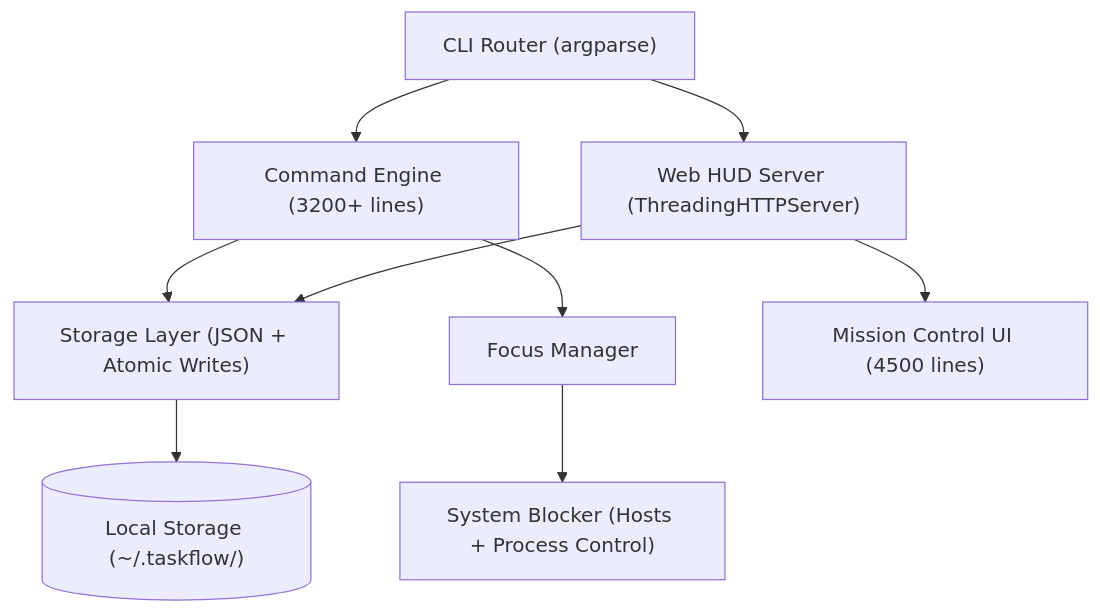
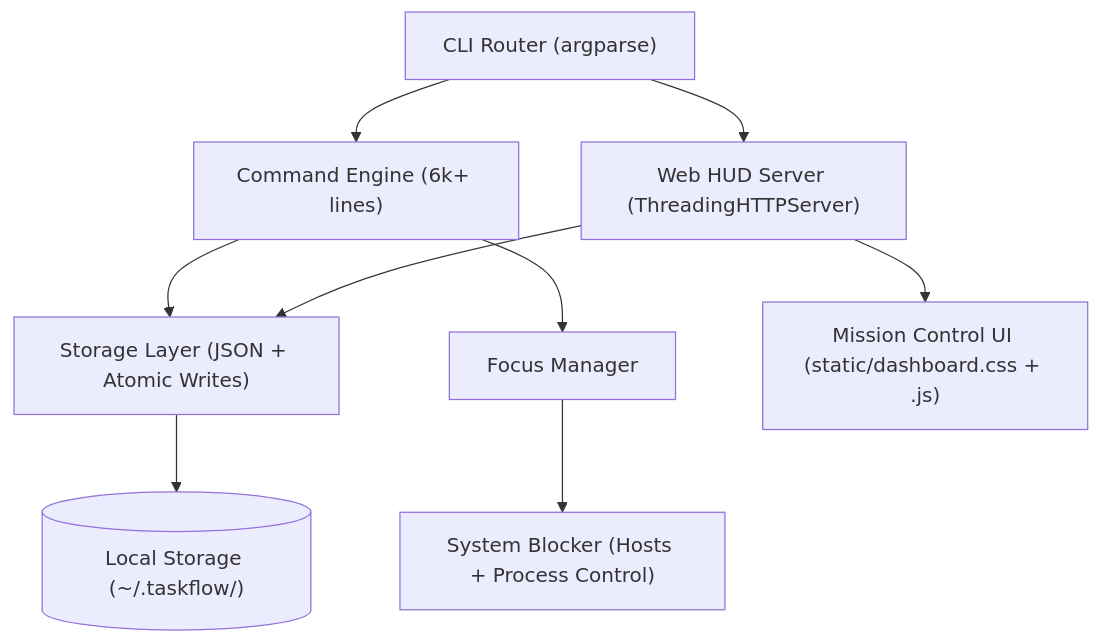
Before and after one commit to Mohith535/TaskFlow: the diagram in README.md, drawn with Mermaid. The commit also changed other lines of this file and 8 other files, not shown here.

````diff
--- a/README.md
+++ b/README.md
@@ -401,15 +410,15 @@
 ```mermaid
 graph TD
-    CLI["CLI Router (argparse)"] --> CMD["Command Engine (3200+ lines)"]
+    CLI["CLI Router (argparse)"] --> CMD["Command Engine (6k+ lines)"]
     CLI --> WEB["Web HUD Server (ThreadingHTTPServer)"]
     
     CMD --> DB["Storage Layer (JSON + Atomic Writes)"]
     WEB --> DB
     
     CMD --> FM["Focus Manager"]
     FM --> BLK["System Blocker (Hosts + Process Control)"]
     
-    WEB --> UI["Mission Control UI (4500 lines)"]
+    WEB --> UI["Mission Control UI (static/dashboard.css + .js)"]
     
     DB --> FS[("Local Storage (~/.taskflow/)")]
 ```
````
